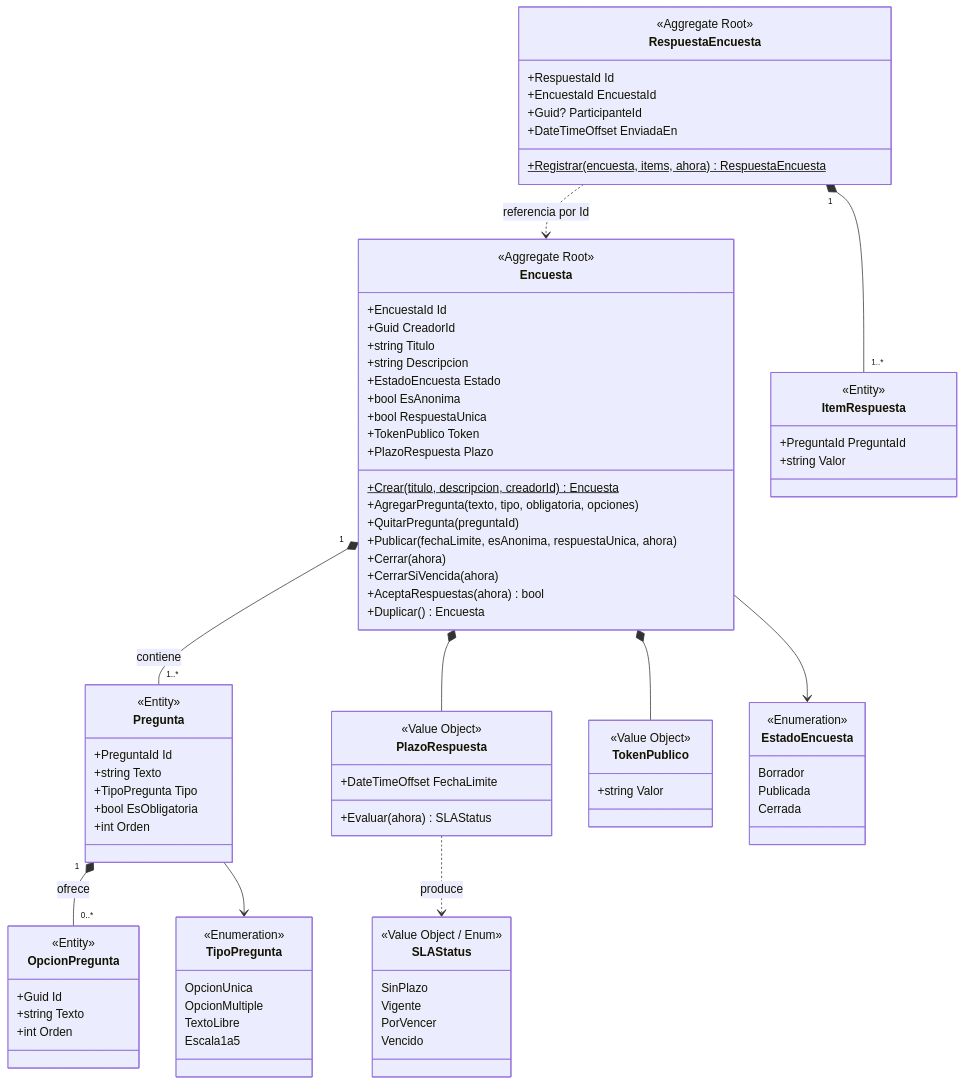
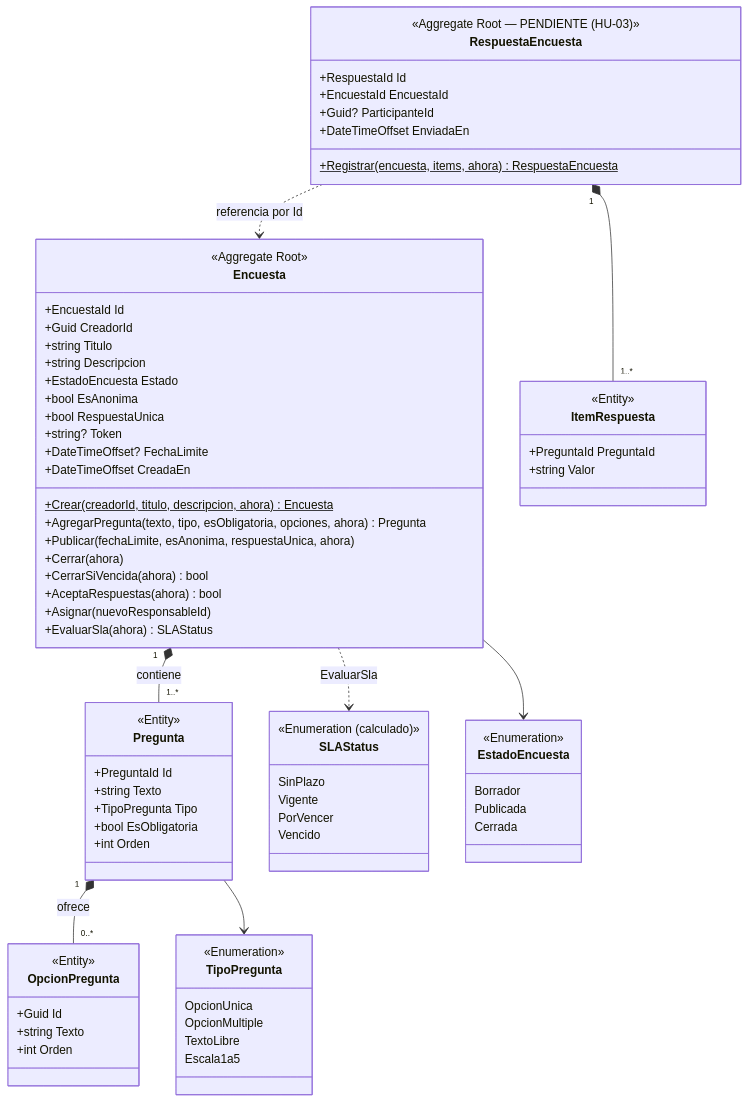
One commit to jhofran/Encuesta-Project-02 changed the first of 5 diagrams in docs/architecture/domain-model.md. Above: the diagram before and after it, drawn with Mermaid. The commit also changed other lines of this file and 18 other files, not shown here.

````diff
--- a/docs/architecture/domain-model.md
+++ b/docs/architecture/domain-model.md
@@ -33,16 +50,17 @@
         +EstadoEncuesta Estado
         +bool EsAnonima
         +bool RespuestaUnica
-        +TokenPublico Token
-        +PlazoRespuesta Plazo
-        +Crear(titulo, descripcion, creadorId)$ Encuesta
-        +AgregarPregunta(texto, tipo, obligatoria, opciones)
-        +QuitarPregunta(preguntaId)
+        +string? Token
+        +DateTimeOffset? FechaLimite
+        +DateTimeOffset CreadaEn
+        +Crear(creadorId, titulo, descripcion, ahora)$ Encuesta
+        +AgregarPregunta(texto, tipo, esObligatoria, opciones, ahora) Pregunta
         +Publicar(fechaLimite, esAnonima, respuestaUnica, ahora)
         +Cerrar(ahora)
-        +CerrarSiVencida(ahora)
+        +CerrarSiVencida(ahora) bool
         +AceptaRespuestas(ahora) bool
-        +Duplicar() Encuesta
+        +Asignar(nuevoResponsableId)
+        +EvaluarSla(ahora) SLAStatus
     }
     class Pregunta {
         <<Entity>>
@@ -58,21 +76,12 @@
         +string Texto
         +int Orden
     }
-    class PlazoRespuesta {
-        <<Value Object>>
-        +DateTimeOffset FechaLimite
-        +Evaluar(ahora) SLAStatus
-    }
     class SLAStatus {
-        <<Value Object / Enum>>
+        <<Enumeration (calculado)>>
         SinPlazo
         Vigente
         PorVencer
         Vencido
-    }
-    class TokenPublico {
-        <<Value Object>>
-        +string Valor
     }
     class EstadoEncuesta {
         <<Enumeration>>
@@ -88,7 +97,7 @@
         Escala1a5
     }
     class RespuestaEncuesta {
-        <<Aggregate Root>>
+        <<Aggregate Root — PENDIENTE (HU-03)>>
         +RespuestaId Id
         +EncuestaId EncuestaId
         +Guid? ParticipanteId
@@ -103,11 +112,9 @@
 
     Encuesta "1" *-- "1..*" Pregunta : contiene
     Pregunta "1" *-- "0..*" OpcionPregunta : ofrece
-    Encuesta *-- PlazoRespuesta
-    Encuesta *-- TokenPublico
     Encuesta --> EstadoEncuesta
     Pregunta --> TipoPregunta
-    PlazoRespuesta ..> SLAStatus : produce
+    Encuesta ..> SLAStatus : EvaluarSla
     RespuestaEncuesta "1" *-- "1..*" ItemRespuesta
     RespuestaEncuesta ..> Encuesta : referencia por Id
 ```
````
